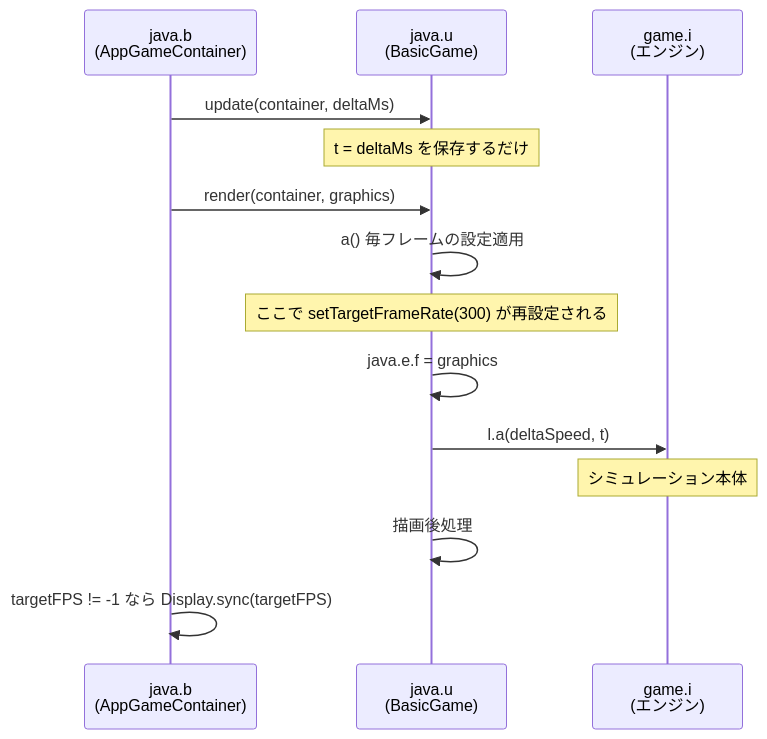
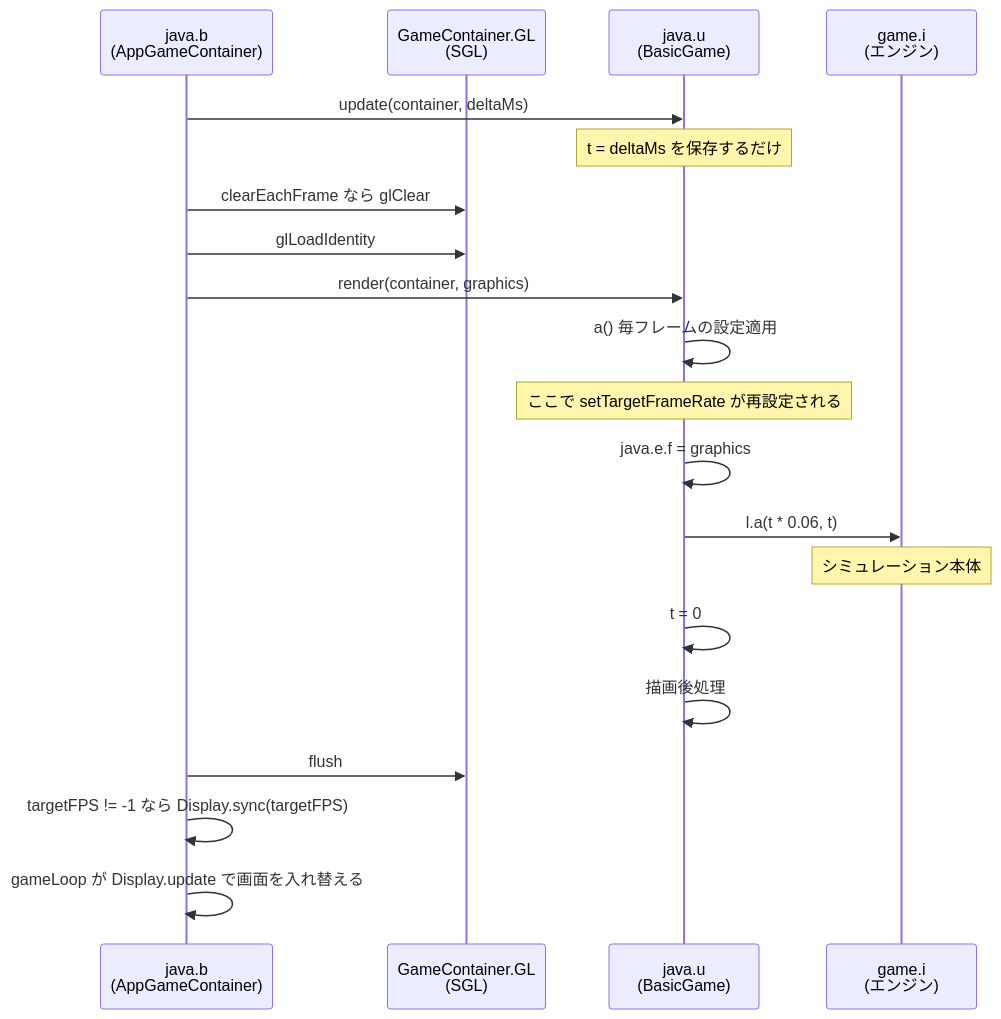
Before and after one commit to h4ribote/RW-Intel: the diagram in docs/game/01-internals.md, drawn with Mermaid. The commit also changed other lines of this file and 174 other files, not shown here.

````diff
--- a/docs/game/01-internals.md
+++ b/docs/game/01-internals.md
@@ -49,16 +51,22 @@
 ```mermaid
 sequenceDiagram
     participant C as java.b<br/>(AppGameContainer)
+    participant G as GameContainer.GL<br/>(SGL)
     participant U as java.u<br/>(BasicGame)
     participant E as game.i<br/>(エンジン)
     C->>U: update(container, deltaMs)
     Note over U: t = deltaMs を保存するだけ
+    C->>G: clearEachFrame なら glClear
+    C->>G: glLoadIdentity
     C->>U: render(container, graphics)
     U->>U: a() 毎フレームの設定適用
-    Note over U: ここで setTargetFrameRate(300) が再設定される
+    Note over U: ここで setTargetFrameRate が再設定される
     U->>U: java.e.f = graphics
-    U->>E: l.a(deltaSpeed, t)
+    U->>E: l.a(t * 0.06, t)
     Note over E: シミュレーション本体
+    U->>U: t = 0
     U->>U: 描画後処理
+    C->>G: flush
     C->>C: targetFPS != -1 なら Display.sync(targetFPS)
+    C->>C: gameLoop が Display.update で画面を入れ替える
 ```
````
